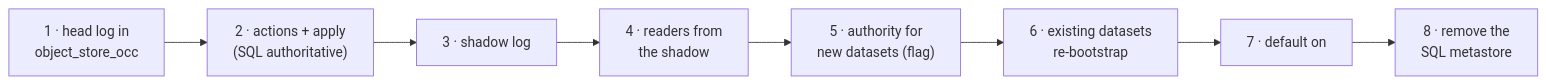
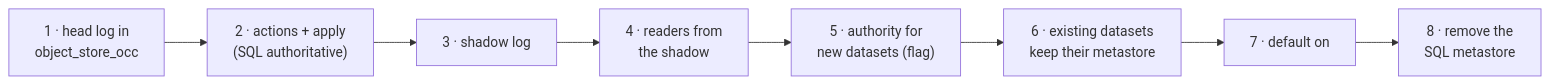
The sixth of 6 diagrams in docs/design/object-native-metastore-technical.md (spiceai/spiceai), drawn with Mermaid before and after one commit. The commit also changed other lines of this file and 1 other file, not shown here.

Commit message:
docs(design): keep existing datasets on their metastore instead of switching them, and retire Cayenne snapshots with the flag

````diff
--- a/docs/design/object-native-metastore-technical.md
+++ b/docs/design/object-native-metastore-technical.md
@@ -2010,10 +2011,10 @@
 ```mermaid
 flowchart LR
     S1["1 · head log in<br/>object_store_occ"] --> S2["2 · actions + apply<br/>(SQL authoritative)"]
     S2 --> S3["3 · shadow log"]
     S3 --> S4["4 · readers from<br/>the shadow"]
     S4 --> S5["5 · authority for<br/>new datasets (flag)"]
-    S5 --> S6["6 · existing datasets<br/>re-bootstrap"]
+    S5 --> S6["6 · existing datasets<br/>keep their metastore"]
     S6 --> S7["7 · default on"]
     S7 --> S8["8 · remove the<br/>SQL metastore"]
 ```
````
